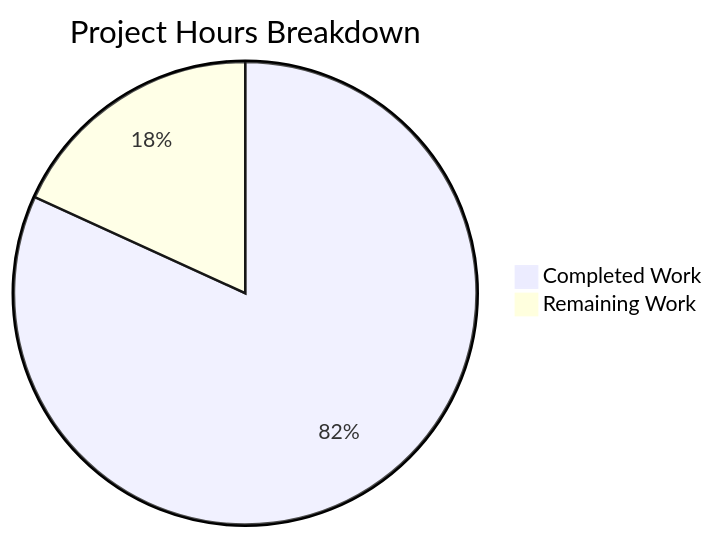
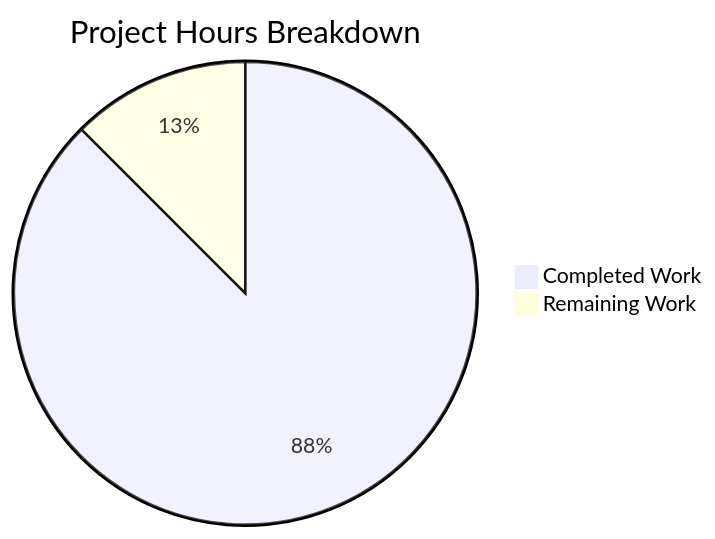
Before and after one commit to sudhanshu-spec/test-spec: the diagram in blitzy/documentation/Project Guide.md, drawn with Mermaid. The commit also changed other lines of this file, not shown here.

Commit message:
Adding Blitzy Project Guide: Project Status and Human Tasks Remaining

````diff
--- a/blitzy/documentation/Project Guide.md
+++ b/blitzy/documentation/Project Guide.md
@@ -24,5 +62,5 @@
 ```mermaid
 pie title Project Hours Breakdown
-    "Completed Work" : 18
-    "Remaining Work" : 4
+    "Completed Work" : 7
+    "Remaining Work" : 1
 ```
````
